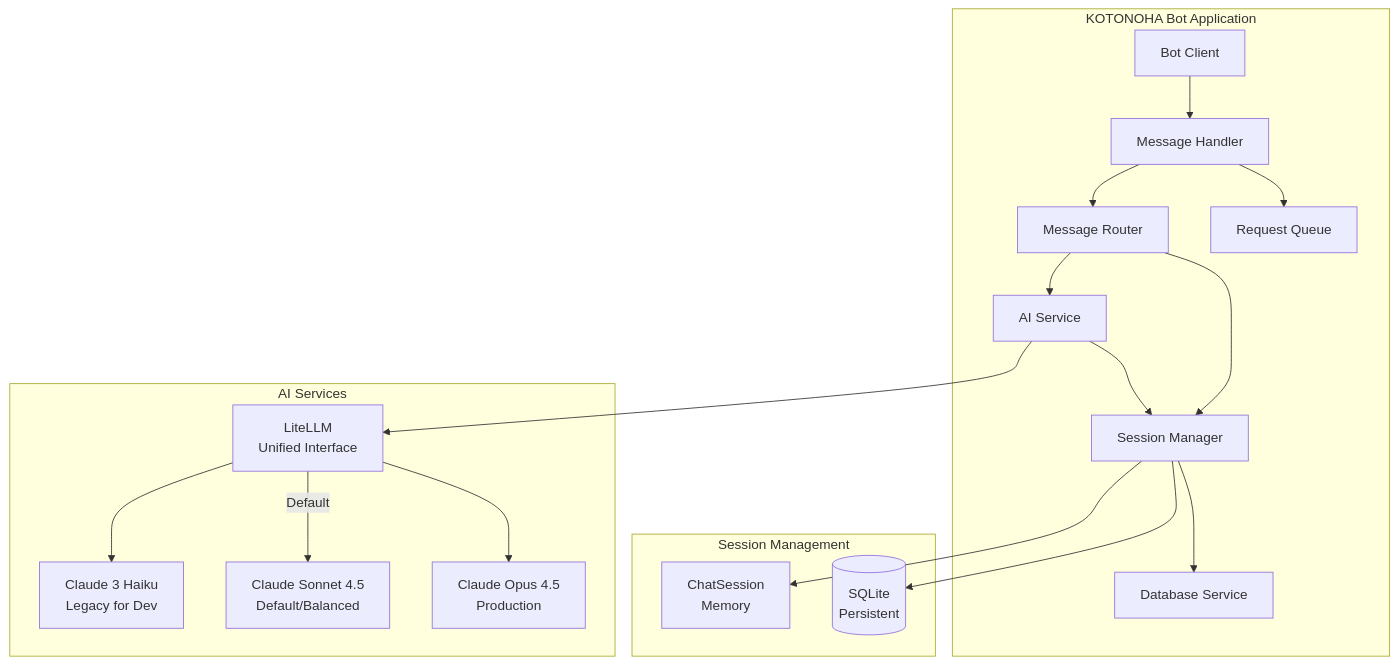
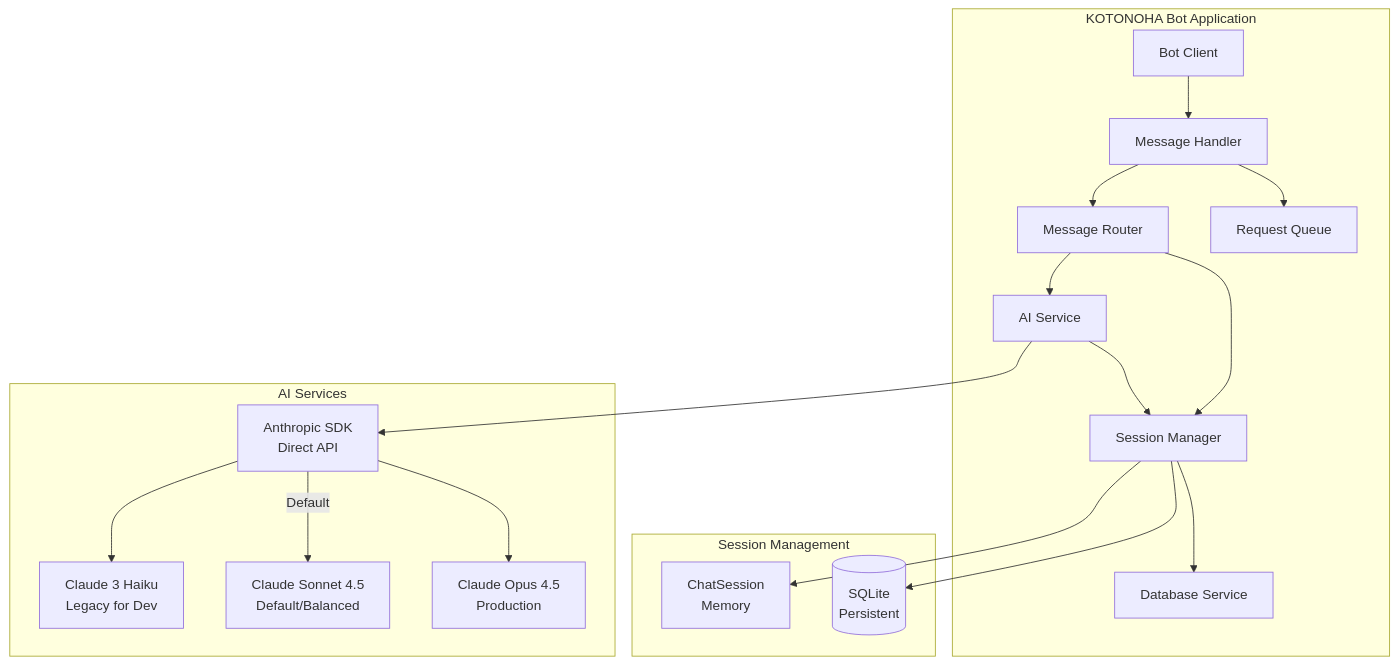
One commit to fluxrozin/kotonoha-bot changed the second of 2 diagrams in docs/20_architecture/21_system-arch/system-architecture.md. Above: the diagram before and after it, drawn with Mermaid. The commit also changed other lines of this file and 20 other files, not shown here.

````diff
--- a/docs/20_architecture/21_system-arch/system-architecture.md
+++ b/docs/20_architecture/21_system-arch/system-architecture.md
@@ -54,38 +54,38 @@
 ```mermaid
 graph TB
     subgraph "KOTONOHA Bot Application"
         Bot[Bot Client]
         Handler[Message Handler]
         Router[Message Router]
         SessionMgr[Session Manager]
         AIService[AI Service]
         DBService[Database Service]
         Queue[Request Queue]
 
         Bot --> Handler
         Handler --> Router
         Handler --> Queue
         Router --> SessionMgr
         Router --> AIService
         SessionMgr --> DBService
         AIService --> SessionMgr
     end
 
     subgraph "Session Management"
         MemSession[ChatSession<br/>Memory]
         SQLiteDB[(SQLite<br/>Persistent)]
         SessionMgr --> MemSession
         SessionMgr --> SQLiteDB
     end
 
     subgraph "AI Services"
-        LiteLLM[LiteLLM<br/>Unified Interface]
+        AnthropicSDK[Anthropic SDK<br/>Direct API]
         ClaudeHaiku[Claude 3 Haiku<br/>Legacy for Dev]
         ClaudeSonnet[Claude Sonnet 4.5<br/>Default/Balanced]
         ClaudeOpus[Claude Opus 4.5<br/>Production]
-        AIService --> LiteLLM
-        LiteLLM --> ClaudeHaiku
-        LiteLLM -->|Default| ClaudeSonnet
-        LiteLLM --> ClaudeOpus
+        AIService --> AnthropicSDK
+        AnthropicSDK --> ClaudeHaiku
+        AnthropicSDK -->|Default| ClaudeSonnet
+        AnthropicSDK --> ClaudeOpus
     end
 ```
````
